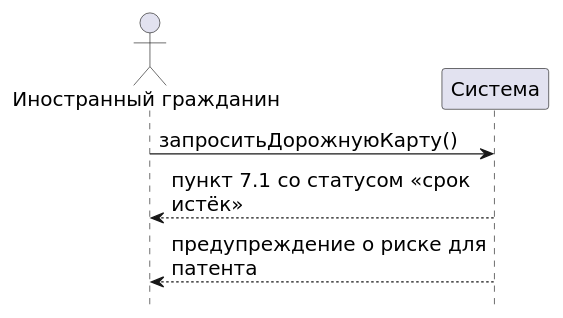
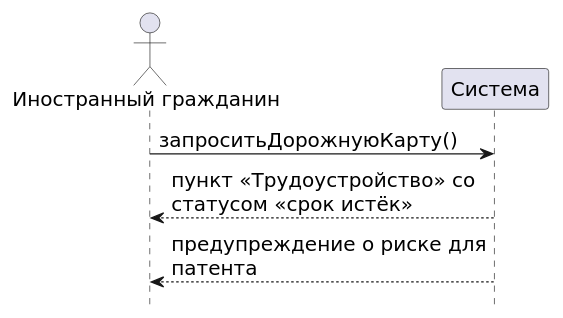
Before and after one commit to mflkee/study: the diagram in tsu/5sem/Функциональное моделирование систем/документы/src/04-p2-alternativa-srok.puml, drawn with PlantUML. The commit also changed 7 other files, not shown here.

Commit message:
лаб. 3: убрать номера 7.1/7.2 с диаграмм, названия пунктов

```diff
--- a/tsu/5sem/Функциональное моделирование систем/документы/src/04-p2-alternativa-srok.puml
+++ b/tsu/5sem/Функциональное моделирование систем/документы/src/04-p2-alternativa-srok.puml
@@ -1,13 +1,13 @@
 @startuml
 skinparam shadowing false
 skinparam defaultFontName "DejaVu Sans"
 skinparam defaultFontSize 16
 skinparam sequenceMessageAlign left
 skinparam maxMessageSize 260
 hide footbox
 actor "Иностранный гражданин" as IG
 participant "Система" as SYS
 IG -> SYS : запроситьДорожнуюКарту()
-SYS --> IG : пункт 7.1 со статусом «срок истёк»
+SYS --> IG : пункт «Трудоустройство» со статусом «срок истёк»
 SYS --> IG : предупреждение о риске для патента
 @enduml
```
